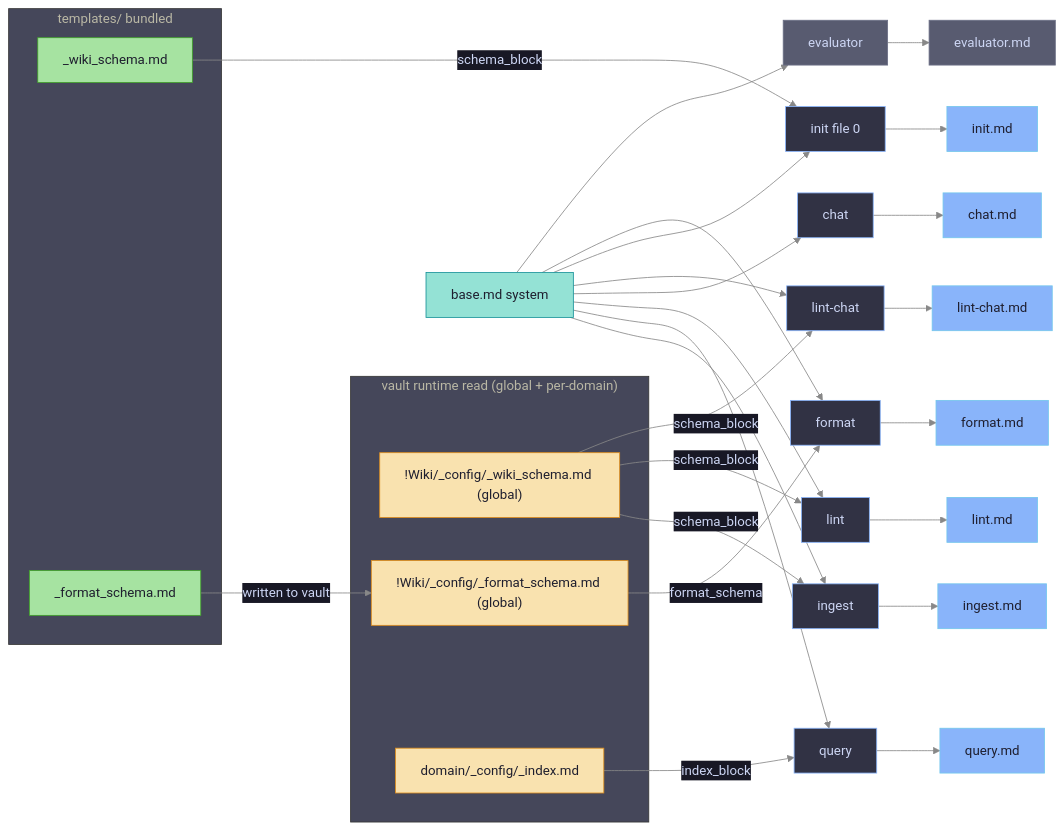
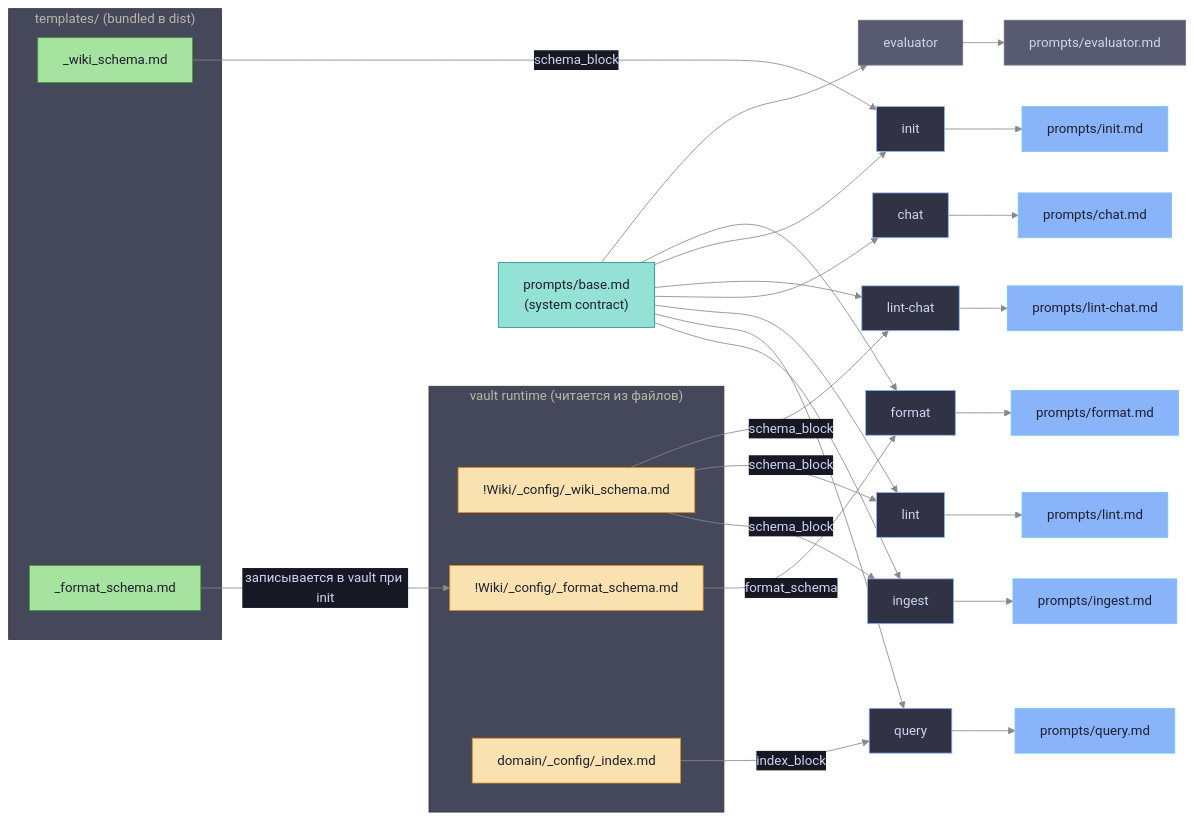
One commit to ikeniborn/obsidian-ai-wiki changed the third of 10 diagrams in docs/prompt-architecture.md. Above: the diagram before and after it, drawn with Mermaid. The commit also changed other lines of this file and 33 other files, not shown here.

````diff
--- a/docs/prompt-architecture.md
+++ b/docs/prompt-architecture.md
@@ -108,55 +116,54 @@
 ```mermaid
 %%{init: {'theme': 'base', 'themeVariables': {'background': '#1e1e2e', 'primaryColor': '#313244', 'primaryTextColor': '#cdd6f4', 'primaryBorderColor': '#89b4fa', 'lineColor': '#888888', 'secondaryColor': '#181825', 'tertiaryColor': '#45475a'}}}%%
 flowchart LR
-    subgraph tmpl["templates/ bundled"]
+    subgraph tmpl["templates/ (bundled в dist)"]
         WIKI_SCHEMA["_wiki_schema.md"]
         FMT_SCHEMA["_format_schema.md"]
     end
 
-    subgraph vault["vault runtime read (global + per-domain)"]
-        V_WIKI["!Wiki/_config/_wiki_schema.md (global)"]
-        V_FMT["!Wiki/_config/_format_schema.md (global)"]
+    subgraph vault["vault runtime (читается из файлов)"]
+        V_WIKI["!Wiki/_config/_wiki_schema.md"]
+        V_FMT["!Wiki/_config/_format_schema.md"]
         V_IDX["domain/_config/_index.md"]
     end
 
-    BASE["base.md system"]
+    BASE["prompts/base.md\n(system contract)"]
 
     BASE --> PI2
     BASE --> PQ2
     BASE --> PL2
     BASE --> PC2
     BASE --> PLC2
-    BASE --> PIN2a
+    BASE --> PIN2
     BASE --> PF2
     BASE --> PE2
 
-    PI2["ingest"] --> INGEST["ingest.md"]
-    PQ2["query"] --> QUERY["query.md"]
-    PL2["lint"] --> LINT["lint.md"]
-    PC2["chat"] --> CHAT["chat.md"]
-    PLC2["lint-chat"] --> LINTCHAT["lint-chat.md"]
-    PIN2a["init file 0"] --> INIT["init.md"]
-    PF2["format"] --> FORMAT["format.md"]
-
-    PE2["evaluator"] --> EVAL["evaluator.md"]
+    PI2["ingest"] --> INGEST["prompts/ingest.md"]
+    PQ2["query"] --> QUERY["prompts/query.md"]
+    PL2["lint"] --> LINT["prompts/lint.md"]
+    PC2["chat"] --> CHAT["prompts/chat.md"]
+    PLC2["lint-chat"] --> LINTCHAT["prompts/lint-chat.md"]
+    PIN2["init"] --> INIT["prompts/init.md"]
+    PF2["format"] --> FORMAT["prompts/format.md"]
+    PE2["evaluator"] --> EVAL["prompts/evaluator.md"]
 
     V_WIKI -->|schema_block| PI2
     V_WIKI -->|schema_block| PL2
     V_WIKI -->|schema_block| PLC2
     V_IDX  -->|index_block| PQ2
     V_FMT  -->|format_schema| PF2
 
-    WIKI_SCHEMA -->|schema_block| PIN2a
-    FMT_SCHEMA  -->|"written to vault"| V_FMT
+    WIKI_SCHEMA -->|schema_block| PIN2
+    FMT_SCHEMA  -->|"записывается в vault при init"| V_FMT
 
     classDef prompt  fill:#89b4fa,color:#1e1e2e,stroke:#74c7ec
     classDef tmplcls fill:#a6e3a1,color:#1e1e2e,stroke:#40a02b
     classDef vaultcls fill:#f9e2af,color:#1e1e2e,stroke:#df8e1d
     classDef base    fill:#94e2d5,color:#1e1e2e,stroke:#179299
     classDef dev     fill:#585b70,color:#cdd6f4,stroke:#6c7086
     class INGEST,QUERY,LINT,CHAT,LINTCHAT,INIT,FORMAT prompt
     class WIKI_SCHEMA,FMT_SCHEMA tmplcls
     class V_WIKI,V_FMT,V_IDX vaultcls
     class BASE base
     class PE2,EVAL dev
 ```
````
